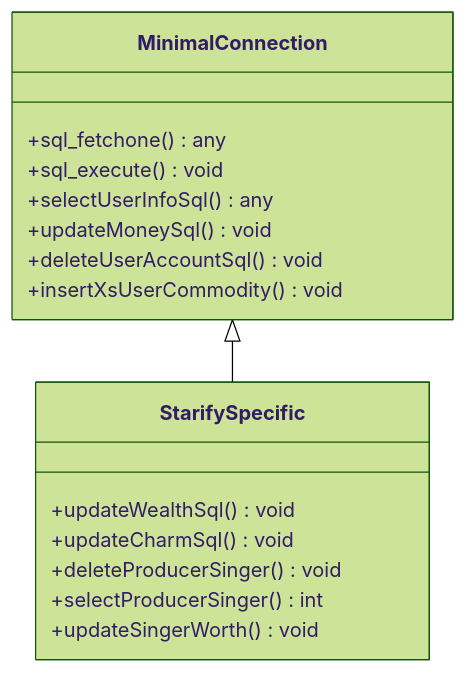
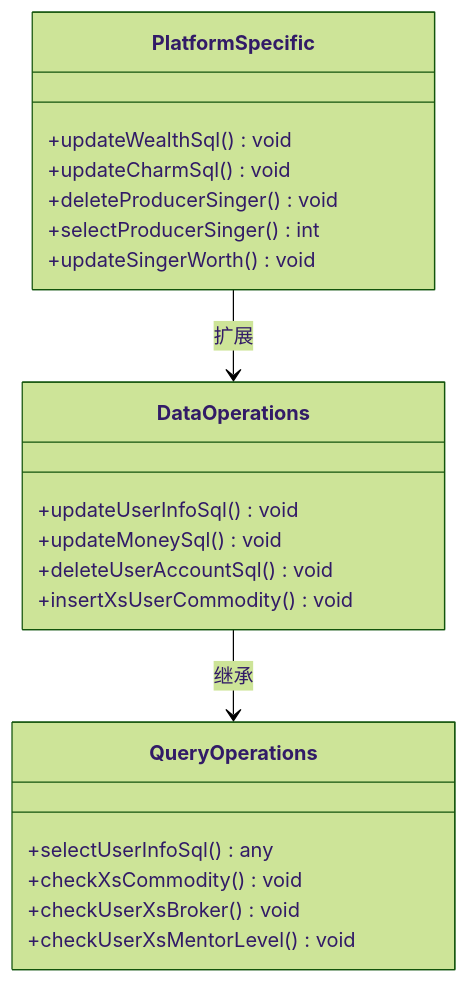
One commit to liximing1-ola/qa-payTest changed the tenth of 16 diagrams in .qoder/repowiki/zh/content/数据库管理/MySQL连接管理.md. Above: the diagram before and after it, drawn with Mermaid (forest theme). The commit also changed other lines of this file and 6 other files, not shown here.

````diff
--- a/.qoder/repowiki/zh/content/数据库管理/MySQL连接管理.md
+++ b/.qoder/repowiki/zh/content/数据库管理/MySQL连接管理.md
@@ -386,19 +390,24 @@
 ```mermaid
 classDiagram
-class MinimalConnection {
-+sql_fetchone() any
-+sql_execute() void
-+selectUserInfoSql() any
+class DataOperations {
++updateUserInfoSql() void
 +updateMoneySql() void
 +deleteUserAccountSql() void
 +insertXsUserCommodity() void
 }
-class StarifySpecific {
+class QueryOperations {
++selectUserInfoSql() any
++checkXsCommodity() void
++checkUserXsBroker() void
++checkUserXsMentorLevel() void
+}
+class PlatformSpecific {
 +updateWealthSql() void
 +updateCharmSql() void
 +deleteProducerSinger() void
 +selectProducerSinger() int
 +updateSingerWorth() void
 }
-MinimalConnection <|-- StarifySpecific
+DataOperations --> QueryOperations : 继承
+PlatformSpecific --> DataOperations : 扩展
 ```
````
